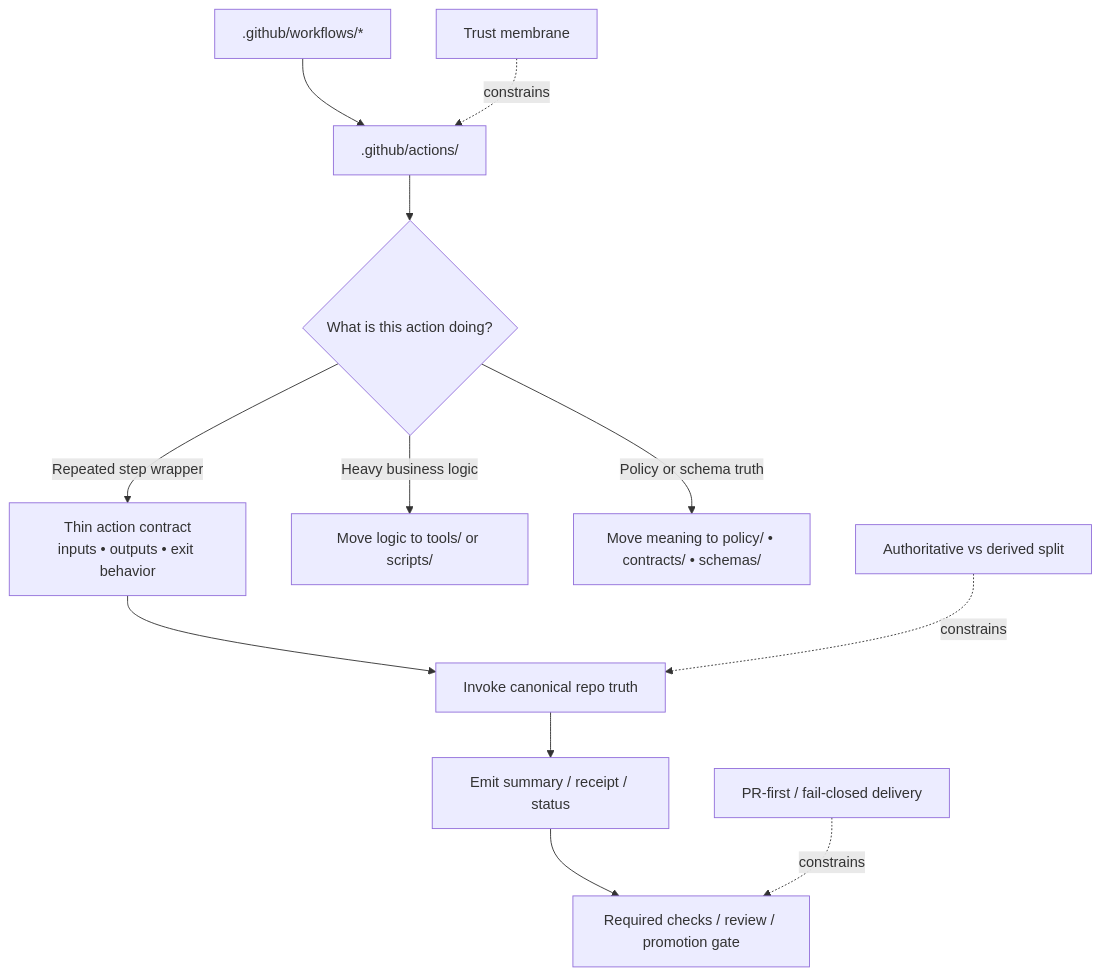
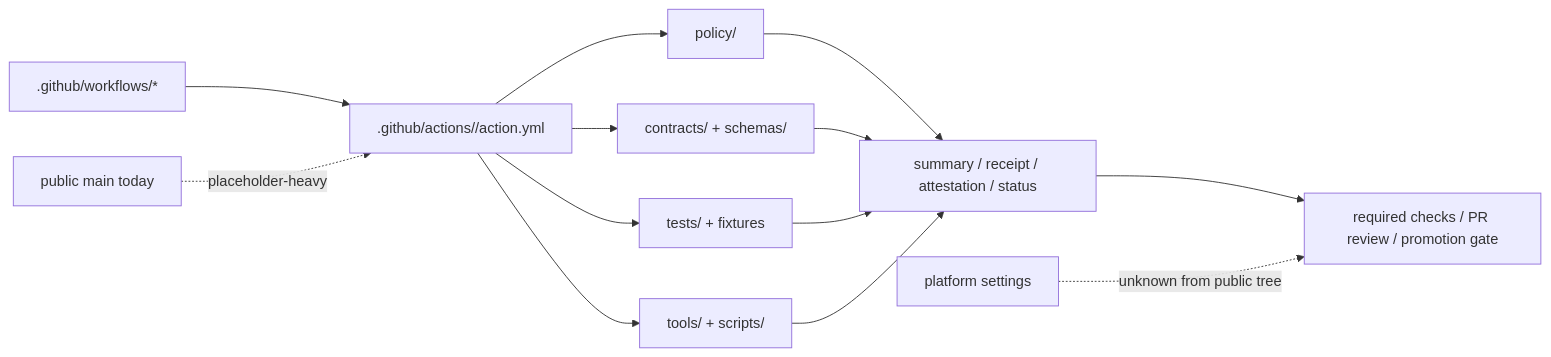
One commit to bartytime4life/Kansas-Frontier-Matrix changed the diagram in .github/actions/README.md. Above: the diagram before and after it, drawn with Mermaid. The commit also changed other lines of this file, not shown here.

````diff
--- a/.github/actions/README.md
+++ b/.github/actions/README.md
@@ -361,18 +366,19 @@
 ```mermaid
-flowchart TD
-    W[.github/workflows/*] --> A[.github/actions/<action>]
+flowchart LR
+    W[.github/workflows/*] --> A[.github/actions/<action>/action.yml]
 
-    A --> B{What is this action doing?}
+    A --> P[policy/]
+    A --> C[contracts/ + schemas/]
+    A --> T[tests/ + fixtures]
+    A --> S[tools/ + scripts/]
 
-    B -->|Repeated step wrapper| C[Thin action contract<br/>inputs • outputs • exit behavior]
-    B -->|Heavy business logic| D[Move logic to tools/ or scripts/]
-    B -->|Policy or schema truth| E[Move meaning to policy/ • contracts/ • schemas/]
+    P --> R[summary / receipt / attestation / status]
+    C --> R
+    T --> R
+    S --> R
 
-    C --> F[Invoke canonical repo truth]
-    F --> G[Emit summary / receipt / status]
-    G --> H[Required checks / review / promotion gate]
+    R --> G[required checks / PR review / promotion gate]
 
-    I[Trust membrane] -. constrains .-> A
-    J[Authoritative vs derived split] -. constrains .-> F
-    K[PR-first / fail-closed delivery] -. constrains .-> H
+    X[public main today] -. placeholder-heavy .-> A
+    Y[platform settings] -. unknown from public tree .-> G
 ```
````
